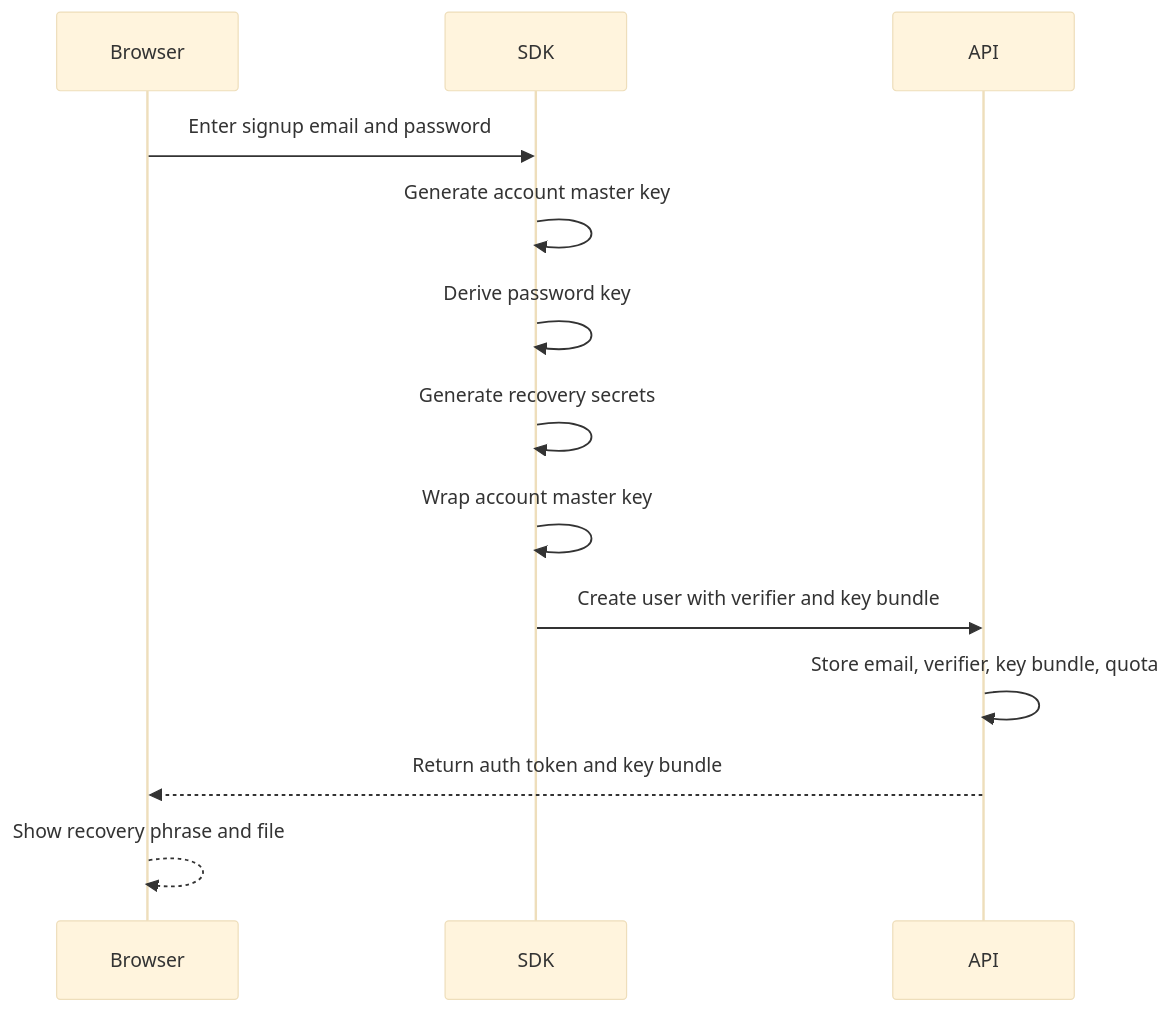
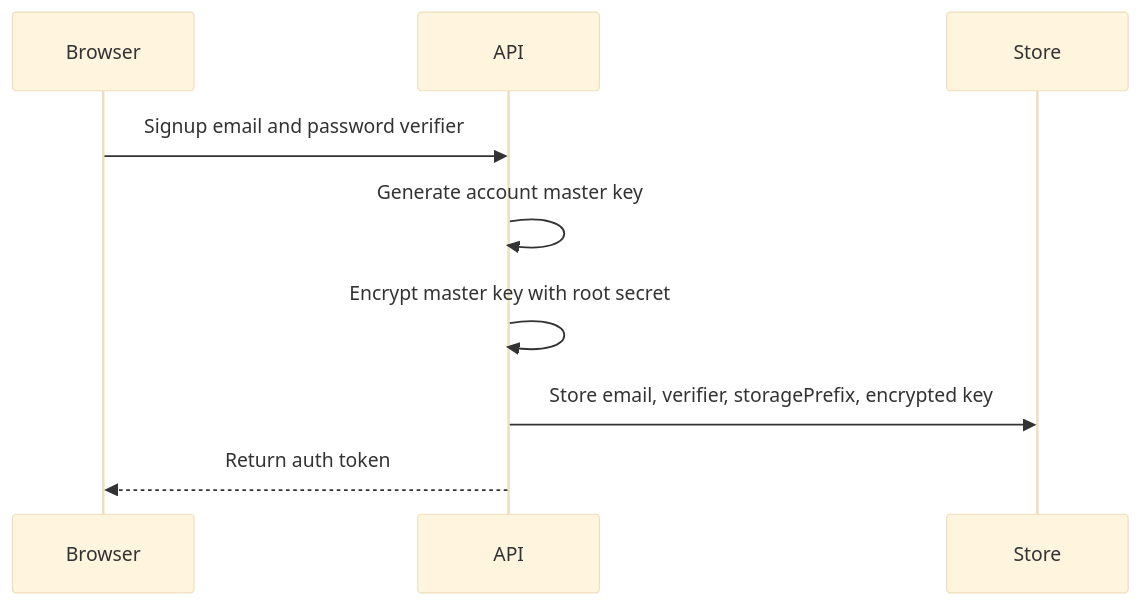
Before and after one commit to sk03167/frorage: the first of 5 diagrams in docs/flows/storage-and-encryption.md, drawn with Mermaid (base theme). The commit also changed other lines of this file and 22 other files, not shown here.

Commit message:
moving to admin owned flow

````diff
--- a/docs/flows/storage-and-encryption.md
+++ b/docs/flows/storage-and-encryption.md
@@ -36,16 +28,12 @@
 ```mermaid
 sequenceDiagram
   participant Browser
-  participant SDK
   participant API
+  participant Store
 
-  Browser->>SDK: Enter signup email and password
-  SDK->>SDK: Generate account master key
-  SDK->>SDK: Derive password key
-  SDK->>SDK: Generate recovery secrets
-  SDK->>SDK: Wrap account master key
-  SDK->>API: Create user with verifier and key bundle
-  API->>API: Store email, verifier, key bundle, quota
-  API-->>Browser: Return auth token and key bundle
-  Browser-->>Browser: Show recovery phrase and file
+  Browser->>API: Signup email and password verifier
+  API->>API: Generate account master key
+  API->>API: Encrypt master key with root secret
+  API->>Store: Store email, verifier, storagePrefix, encrypted key
+  API-->>Browser: Return auth token
 ```
````
